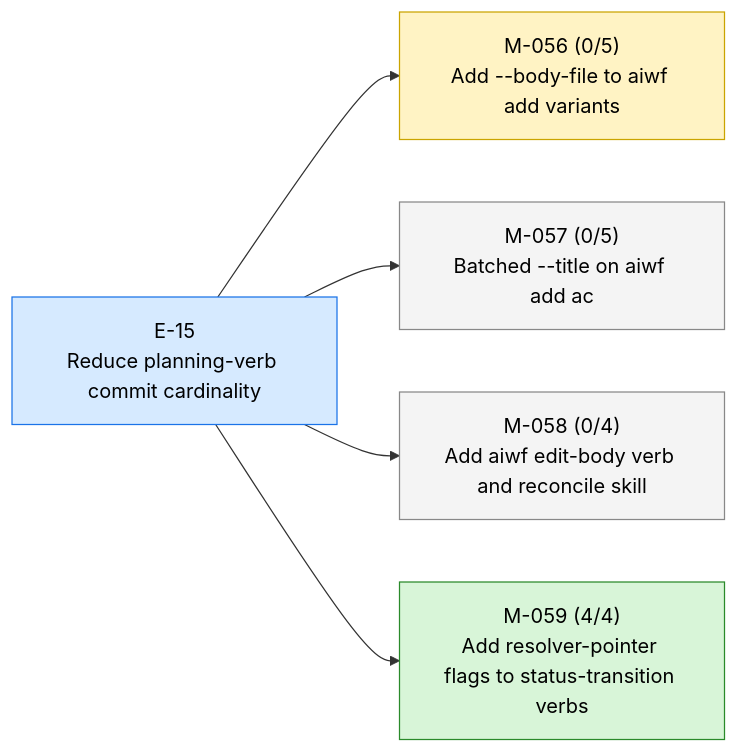
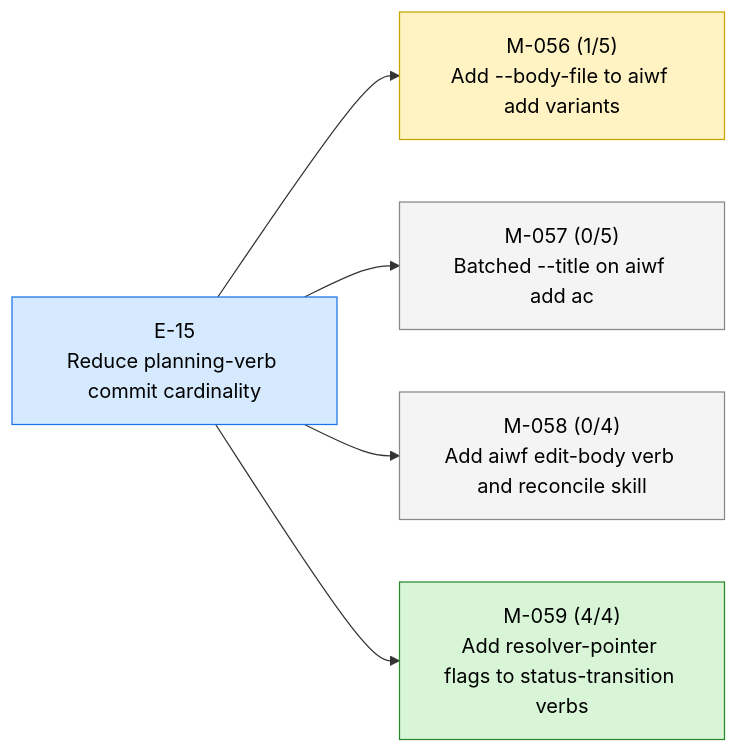
One commit to 23min/aiwf changed the first of 3 diagrams in STATUS.md. Above: the diagram before and after it, drawn with Mermaid. The commit also changed other lines of this file and 1 other file, not shown here.

First line of the commit message:
aiwf promote M-056/AC-1 open -> met

````diff
--- a/STATUS.md
+++ b/STATUS.md
@@ -14,18 +14,18 @@
 ```mermaid
 flowchart LR
   E_15["E-15<br/>Reduce planning-verb commit cardinality"]:::epic_active
-  M_056["M-056 (0/5)<br/>Add --body-file to aiwf add variants"]:::ms_in_progress
+  M_056["M-056 (1/5)<br/>Add --body-file to aiwf add variants"]:::ms_in_progress
   E_15 --> M_056
   M_057["M-057 (0/5)<br/>Batched --title on aiwf add ac"]:::ms_draft
   E_15 --> M_057
   M_058["M-058 (0/4)<br/>Add aiwf edit-body verb and reconcile skill"]:::ms_draft
   E_15 --> M_058
   M_059["M-059 (4/4)<br/>Add resolver-pointer flags to status-transition verbs"]:::ms_done
   E_15 --> M_059
   classDef epic_active fill:#d6eaff,stroke:#1a73e8,color:#000
   classDef epic_proposed fill:#f4f4f4,stroke:#888,color:#000
   classDef ms_done fill:#d8f5d8,stroke:#2a8a2a,color:#000
   classDef ms_in_progress fill:#fff3c4,stroke:#caa400,color:#000
   classDef ms_draft fill:#f4f4f4,stroke:#888,color:#000
   classDef ms_cancelled fill:#fbeaea,stroke:#c33,color:#000
 ```
````
